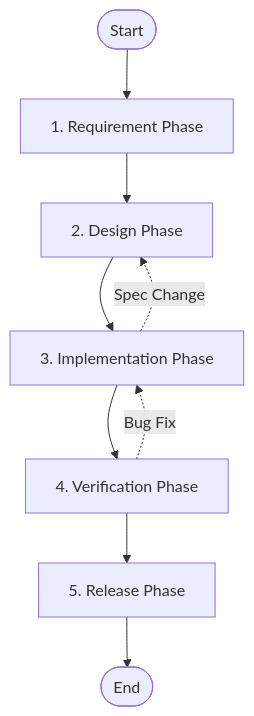
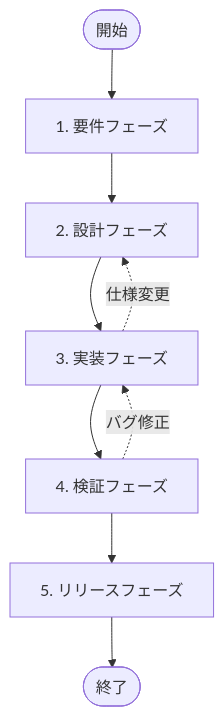
One commit to LongbowXXX/ai-tuber changed the first of 4 diagrams in knowledge/workflows/workflow.md. Above: the diagram before and after it, drawn with Mermaid. The commit also changed other lines of this file and 68 other files, not shown here.

````diff
--- a/knowledge/workflows/workflow.md
+++ b/knowledge/workflows/workflow.md
@@ -16,13 +16,13 @@
 ```mermaid
 graph TD
-    Start([Start]) --> Req
-    Req["1. Requirement Phase"] --> Design
-    Design["2. Design Phase"] --> Impl
-    Impl["3. Implementation Phase"] --> Verify
-    Verify["4. Verification Phase"] --> Release
-    Release["5. Release Phase"] --> End
+  Start([開始]) --> Req
+  Req["1. 要件フェーズ"] --> Design
+  Design["2. 設計フェーズ"] --> Impl
+  Impl["3. 実装フェーズ"] --> Verify
+  Verify["4. 検証フェーズ"] --> Release
+  Release["5. リリースフェーズ"] --> End
 
-    Verify -.->|Bug Fix| Impl
-    Impl -.->|Spec Change| Design
-    End([End])
+  Verify -.->|バグ修正| Impl
+  Impl -.->|仕様変更| Design
+  End([終了])
 ```
````
